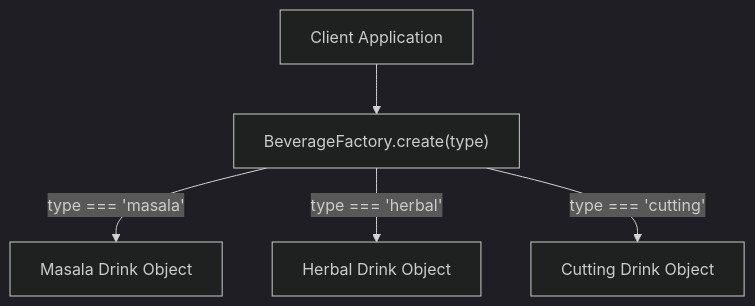
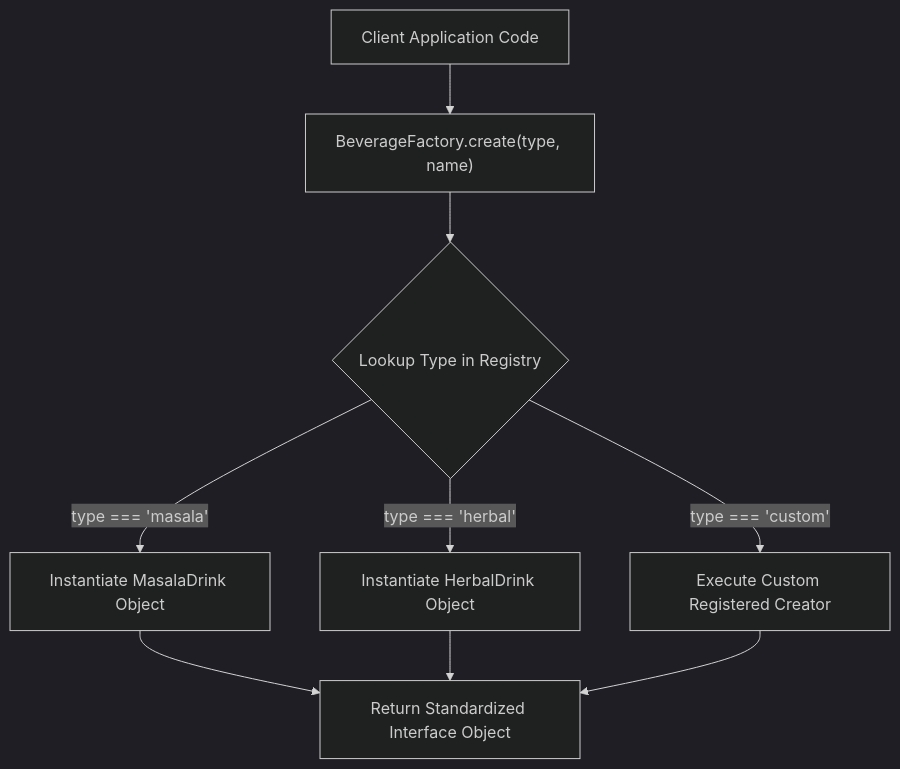
The first of 2 diagrams in js-patterns/03-factory.md (Amie-dev/engineering-playbook), drawn with Mermaid (dark theme) before and after one commit. The commit also changed other lines of this file and 39 other files, not shown here.

````diff
--- a/js-patterns/03-factory.md
+++ b/js-patterns/03-factory.md
@@ -10,7 +15,14 @@
 ```mermaid
 flowchart TD
-    Client[Client Application] --> Factory["BeverageFactory.create(type)"]
-    Factory -- "type === 'masala'" --> Masala["Masala Drink Object"]
-    Factory -- "type === 'herbal'" --> Herbal["Herbal Drink Object"]
-    Factory -- "type === 'cutting'" --> Cutting["Cutting Drink Object"]
+    Client[Client Application Code] --> Request["BeverageFactory.create(type, name)"]
+
+    Request --> Registry{Lookup Type in Registry}
+    
+    Registry -- "type === 'masala'" --> Inst1["Instantiate MasalaDrink Object"]
+    Registry -- "type === 'herbal'" --> Inst2["Instantiate HerbalDrink Object"]
+    Registry -- "type === 'custom'" --> Inst3["Execute Custom Registered Creator"]
+
+    Inst1 --> ReturnObj[Return Standardized Interface Object]
+    Inst2 --> ReturnObj
+    Inst3 --> ReturnObj
 ```
````
